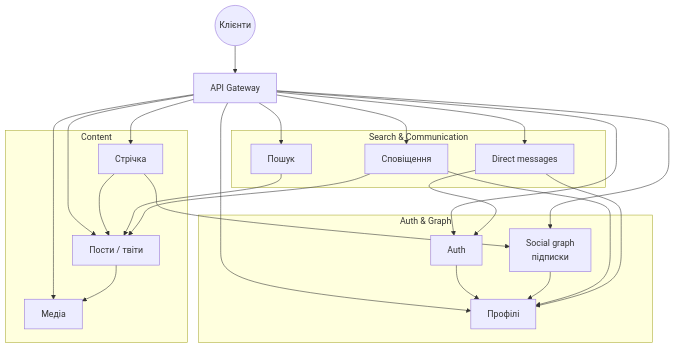
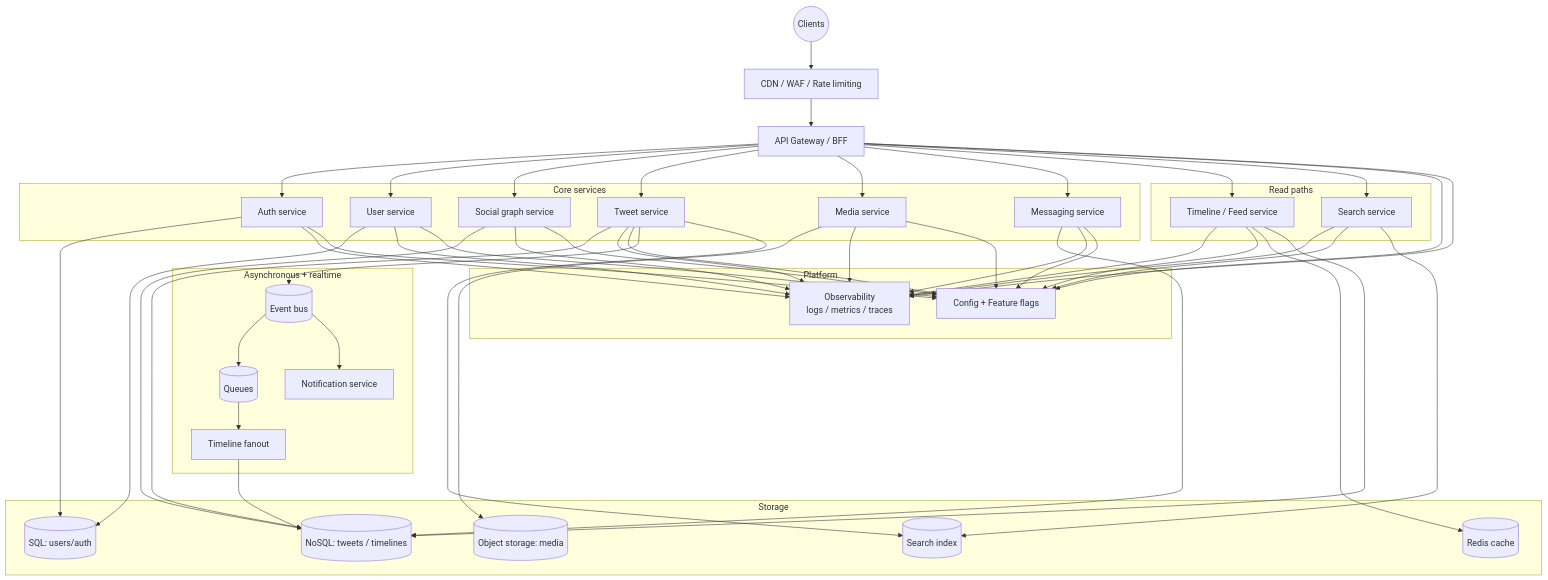
Before and after one commit to holypolyfoundation/knowledge-sharing: the first of 3 diagrams in topics/0-poly-tg-bot-guide/2-retro-engineering.md, drawn with Mermaid. The commit also changed other lines of this file and 1 other file, not shown here.

````diff
--- a/topics/0-poly-tg-bot-guide/2-retro-engineering.md
+++ b/topics/0-poly-tg-bot-guide/2-retro-engineering.md
@@ -11,37 +11,79 @@
 ```mermaid
 flowchart TB
-  C((Клієнти))
-  GW[API Gateway]
+  C((Clients)) --> EDGE[CDN / WAF / Rate limiting]
+  EDGE --> GW[API Gateway / BFF]
 
-  subgraph identity["Auth & Graph"]
-    AUTH[Auth]
-    PROFILE[Профілі]
-    GRAPH[Social graph<br/>підписки]
+  subgraph core["Core services"]
+    AUTH[Auth service]
+    USERS[User service]
+    GRAPH[Social graph service]
+    TWEETS[Tweet service]
+    MEDIA[Media service]
+    DM[Messaging service]
   end
 
-  subgraph content["Content"]
-    POST[Пости / твіти]
-    MEDIA[Медіа]
-    FEED[Стрічка]
+  subgraph realtime["Asynchronous + realtime"]
+    BUS[(Event bus)]
+    Q[(Queues)]
+    FANOUT[Timeline fanout]
+    NOTIFY[Notification service]
   end
 
-  subgraph comm["Search & Communication"]
-    SEARCH[Пошук]
-    NOTIFY[Сповіщення]
-    DM[Direct messages]
+  subgraph readpaths["Read paths"]
+    FEED[Timeline / Feed service]
+    SEARCH[Search service]
   end
 
-  C --> GW
-  GW --> AUTH & PROFILE & GRAPH & POST & MEDIA & FEED & SEARCH & NOTIFY & DM
+  subgraph storage["Storage"]
+    CACHE[(Redis cache)]
+    SQL[(SQL: users/auth)]
+    KV[(NoSQL: tweets / timelines)]
+    IDX[(Search index)]
+    OBJ[(Object storage: media)]
+  end
 
-  AUTH --> PROFILE
-  GRAPH --> PROFILE
-  POST --> MEDIA
-  FEED --> GRAPH
-  FEED --> POST
-  SEARCH --> POST
-  NOTIFY --> POST
-  NOTIFY --> PROFILE
-  DM --> AUTH
-  DM --> PROFILE
+  subgraph platform["Platform"]
+    CFG[Config + Feature flags]
+    OBS[Observability<br/>logs / metrics / traces]
+  end
+
+  GW --> AUTH & USERS & GRAPH & TWEETS & MEDIA & DM & FEED & SEARCH
+  GW --> CFG
+  GW --> OBS
+
+  AUTH --> SQL
+  USERS --> SQL
+  GRAPH --> KV
+  TWEETS --> KV
+  MEDIA --> OBJ
+  DM --> KV
+
+  AUTH --> OBS
+  USERS --> OBS
+  GRAPH --> OBS
+  TWEETS --> OBS
+  MEDIA --> OBS
+  DM --> OBS
+  FEED --> OBS
+  SEARCH --> OBS
+
+  AUTH --> CFG
+  USERS --> CFG
+  GRAPH --> CFG
+  TWEETS --> CFG
+  MEDIA --> CFG
+  DM --> CFG
+  FEED --> CFG
+  SEARCH --> CFG
+
+  TWEETS --> BUS
+  BUS --> Q
+  Q --> FANOUT
+  FANOUT --> KV
+  BUS --> NOTIFY
+
+  FEED --> CACHE
+  FEED --> KV
+  SEARCH --> IDX
+  TWEETS --> IDX
 ```
````
